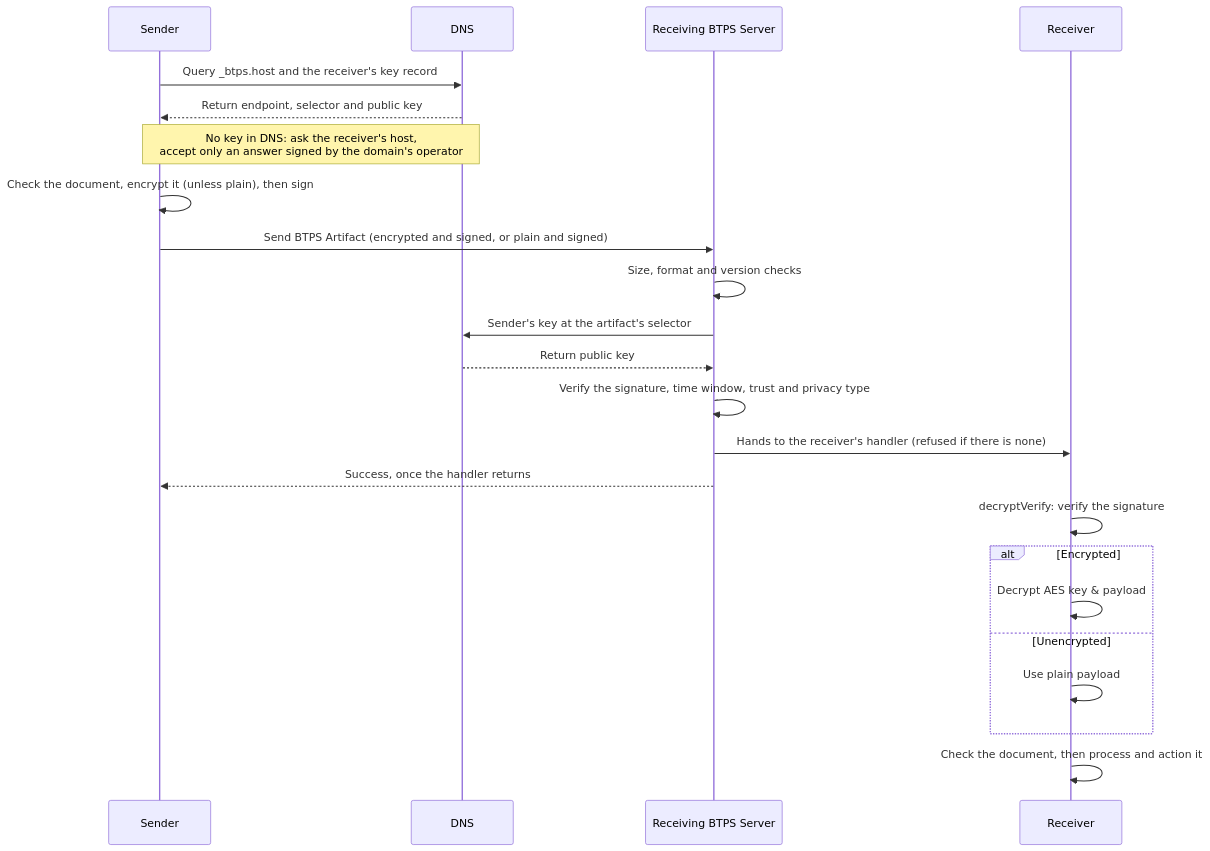
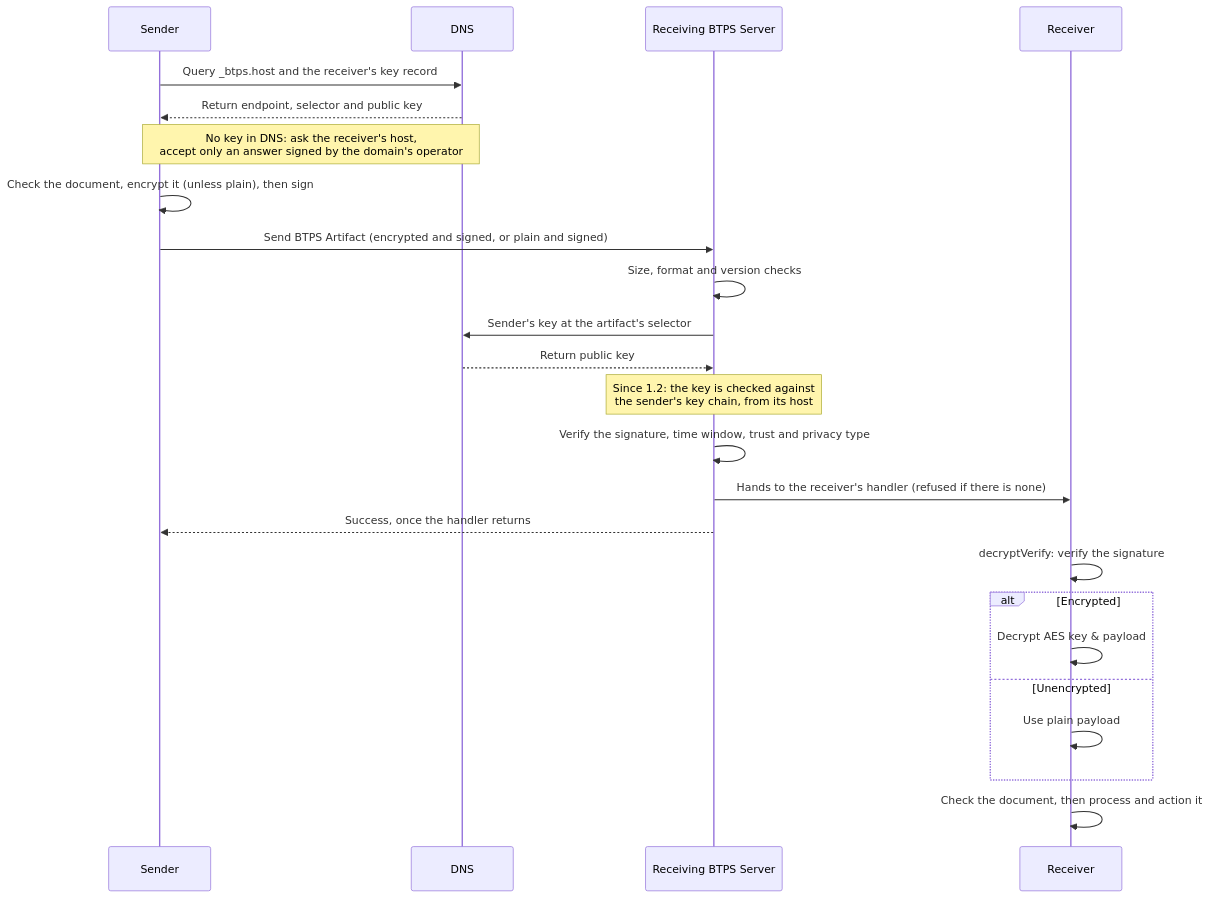
Before and after one commit to openbtps/btps-node: the diagram in docs/docusaurus/docs/protocol/security/overview.md, drawn with Mermaid. The commit also changed other lines of this file and 22 other files, not shown here.

````diff
--- a/docs/docusaurus/docs/protocol/security/overview.md
+++ b/docs/docusaurus/docs/protocol/security/overview.md
@@ -12,25 +12,26 @@
 ```mermaid
 sequenceDiagram
     participant Sender
     participant DNS
     participant Receiving BTPS Server
     participant Receiver
     Sender->>DNS: Query _btps.host and the receiver's key record
     DNS-->>Sender: Return endpoint, selector and public key
     Note over Sender,DNS: No key in DNS: ask the receiver's host,<br/>accept only an answer signed by the domain's operator
     Sender->>Sender: Check the document, encrypt it (unless plain), then sign
     Sender->>Receiving BTPS Server: Send BTPS Artifact (encrypted and signed, or plain and signed)
     Receiving BTPS Server->>Receiving BTPS Server: Size, format and version checks
     Receiving BTPS Server->>DNS: Sender's key at the artifact's selector
     DNS-->>Receiving BTPS Server: Return public key
+    Note over Receiving BTPS Server: Since 1.2: the key is checked against<br/>the sender's key chain, from its host
     Receiving BTPS Server->>Receiving BTPS Server: Verify the signature, time window, trust and privacy type
     Receiving BTPS Server->>Receiver: Hands to the receiver's handler (refused if there is none)
     Receiving BTPS Server-->>Sender: Success, once the handler returns
     Receiver->>Receiver: decryptVerify: verify the signature
     alt Encrypted
         Receiver->>Receiver: Decrypt AES key & payload
     else Unencrypted
         Receiver->>Receiver: Use plain payload
     end
     Receiver->>Receiver: Check the document, then process and action it
 ```
````
